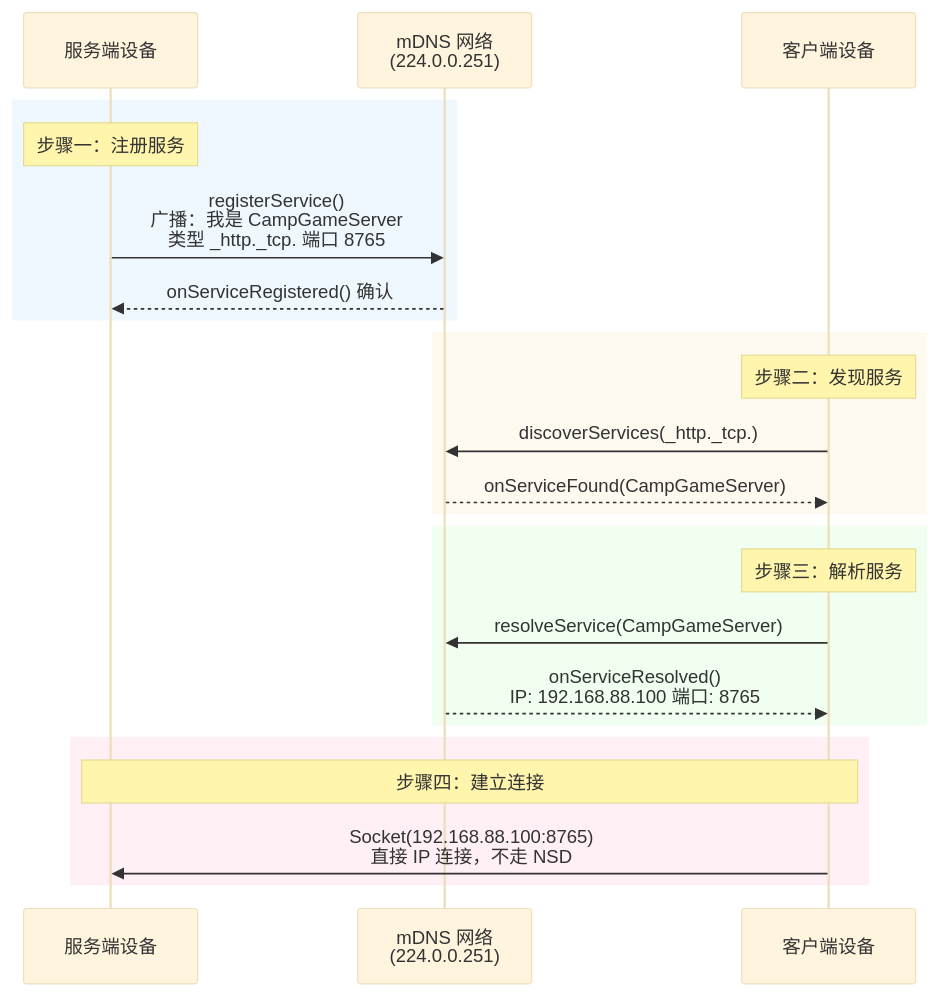
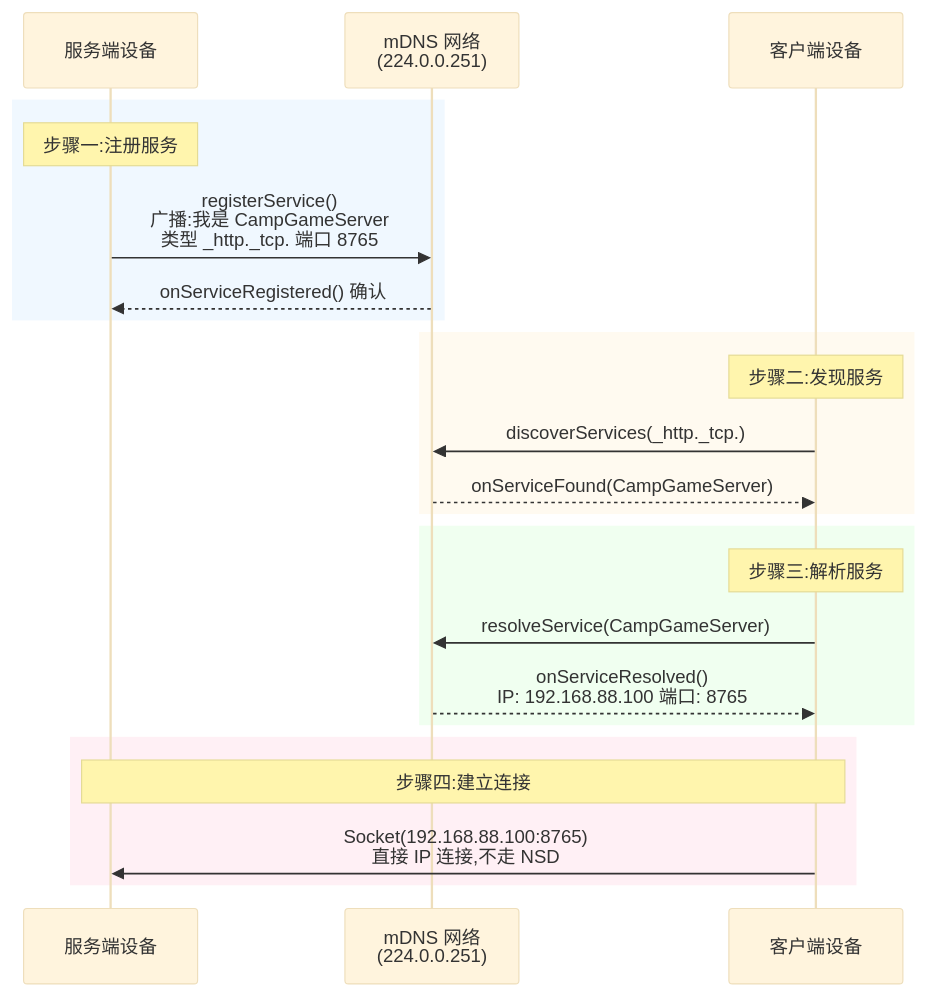
Before and after one commit to Carrie-L/carrie-l.github.io: the first of 2 diagrams in AndroidDeveloperGuideStory/Contents/vol13/13.1.17 Use NSD.md, drawn with Mermaid (base theme). The commit also changed other lines of this file, not shown here.

````diff
--- a/AndroidDeveloperGuideStory/Contents/vol13/13.1.17 Use NSD.md
+++ b/AndroidDeveloperGuideStory/Contents/vol13/13.1.17 Use NSD.md
@@ -410,29 +404,29 @@
 ```mermaid
 sequenceDiagram
     participant Server as 服务端设备
     participant Network as mDNS 网络<br/>(224.0.0.251)
     participant Client as 客户端设备
 
     rect rgb(240, 248, 255)
-        Note over Server: 步骤一：注册服务
-        Server->>Network: registerService()<br/>广播：我是 CampGameServer<br/>类型 _http._tcp. 端口 8765
+        Note over Server: 步骤一:注册服务
+        Server->>Network: registerService()<br/>广播:我是 CampGameServer<br/>类型 _http._tcp. 端口 8765
         Network-->>Server: onServiceRegistered() 确认
     end
 
     rect rgb(255, 250, 240)
-        Note over Client: 步骤二：发现服务
+        Note over Client: 步骤二:发现服务
         Client->>Network: discoverServices(_http._tcp.)
         Network-->>Client: onServiceFound(CampGameServer)
     end
 
     rect rgb(240, 255, 240)
-        Note over Client: 步骤三：解析服务
+        Note over Client: 步骤三:解析服务
         Client->>Network: resolveService(CampGameServer)
         Network-->>Client: onServiceResolved()<br/>IP: 192.168.88.100 端口: 8765
     end
 
     rect rgb(255, 240, 245)
-        Note over Server,Client: 步骤四：建立连接
-        Client->>Server: Socket(192.168.88.100:8765)<br/>直接 IP 连接，不走 NSD
+        Note over Server,Client: 步骤四:建立连接
+        Client->>Server: Socket(192.168.88.100:8765)<br/>直接 IP 连接,不走 NSD
     end
 ```
````
